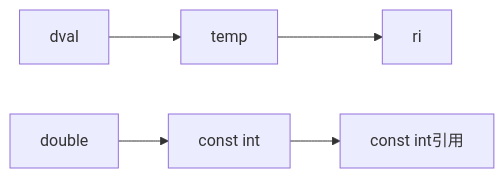
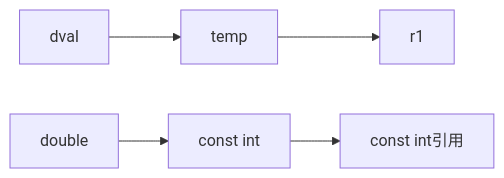
One commit to enigmaiiiiiiii/Learning-Record-Write-By-Obsidian changed the diagram in sorted/c++/c++基础/const限定符.md. Above: the diagram before and after it, drawn with Mermaid. The commit also changed 34 other files, not shown here.

````diff
--- a/sorted/c++/c++基础/const限定符.md
+++ b/sorted/c++/c++基础/const限定符.md
@@ -44,5 +44,5 @@
 ```mermaid
 graph LR
-id1[dval] --> id2[temp] --> id3[ri]
+id1[dval] --> id2[temp] --> id3[r1]
 id4[double] --> id5[const int] --> id6[const int引用]
 ```
````
